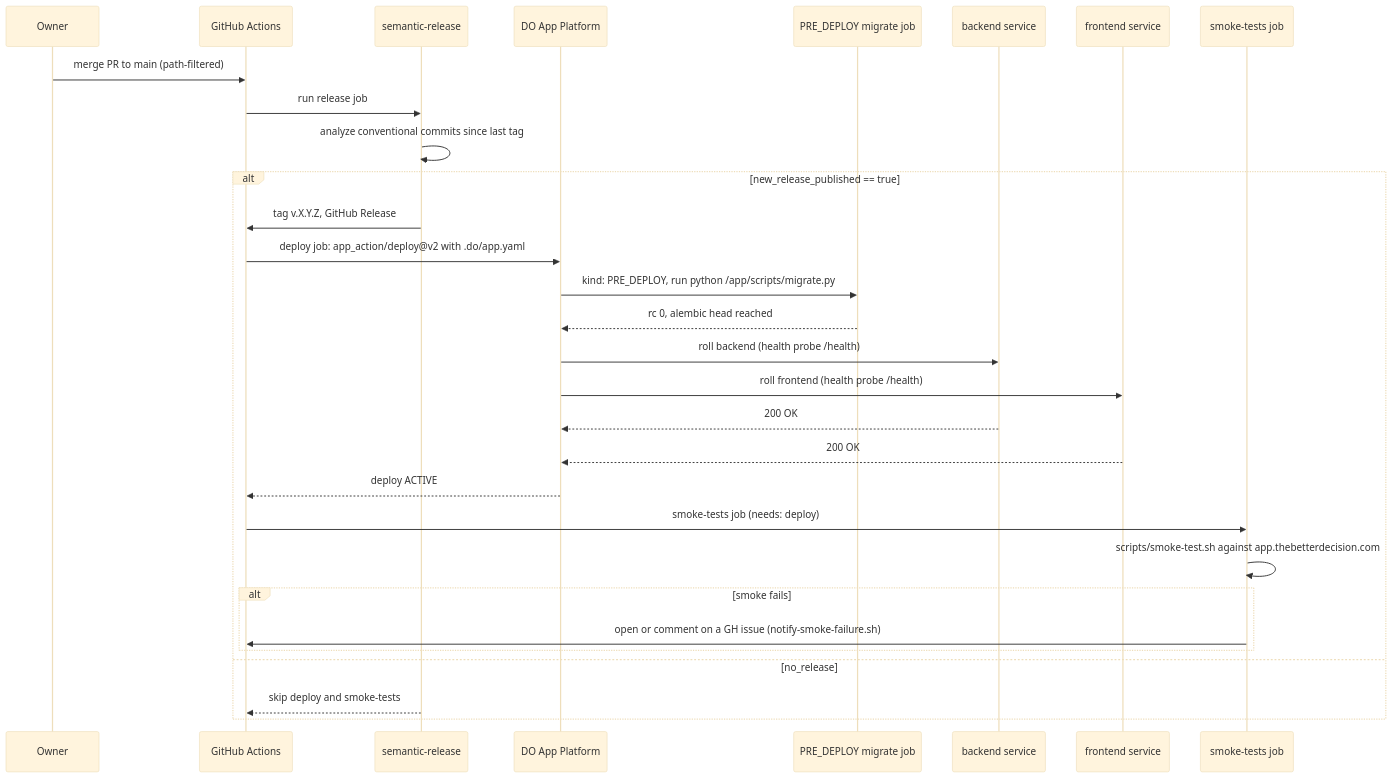
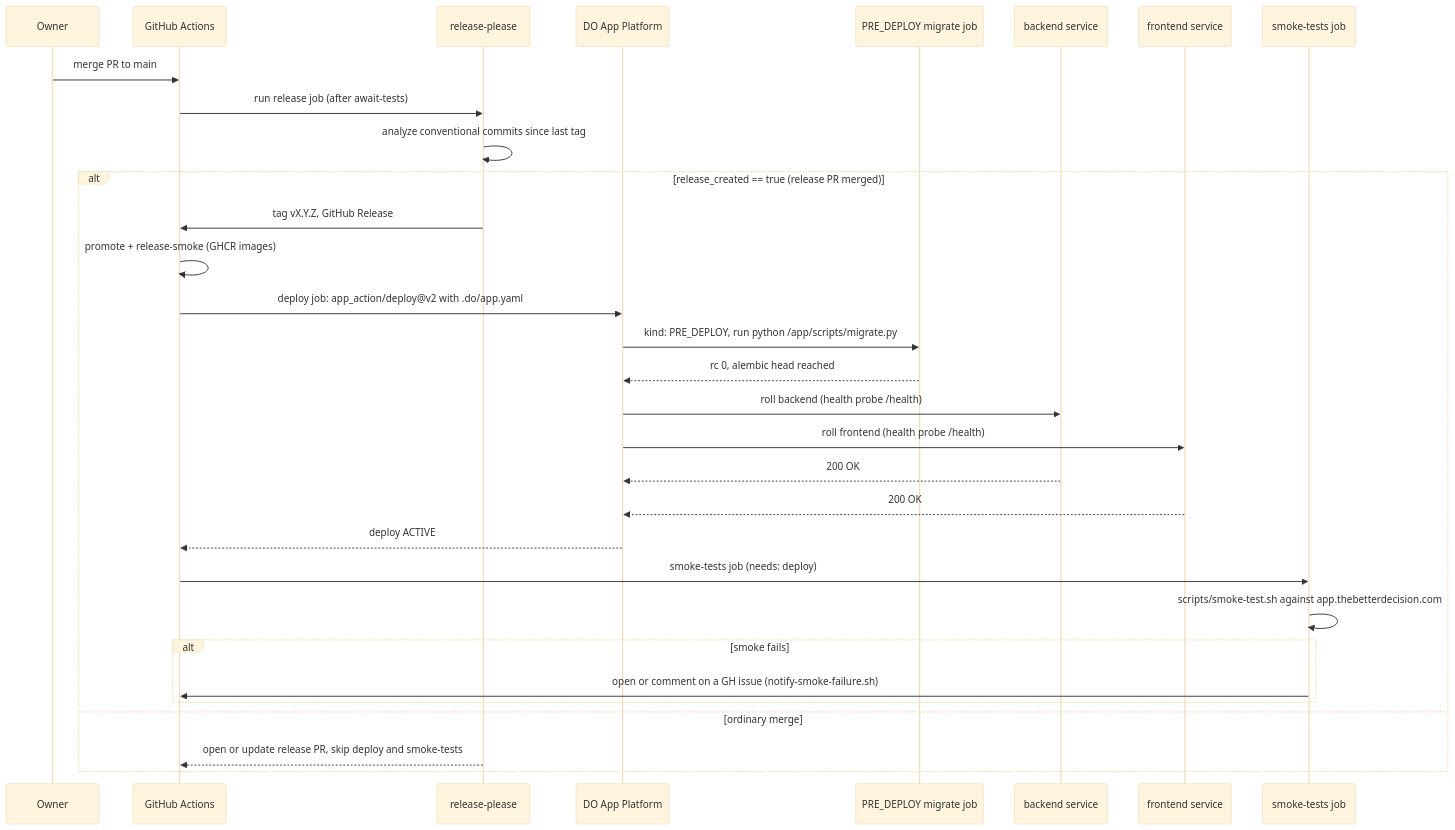
One commit to fjcloudaiconsulting/tbd changed the third of 8 diagrams in docs/operations/DEPLOYMENT.md. Above: the diagram before and after it, drawn with Mermaid (base theme). The commit also changed other lines of this file and 33 other files, not shown here.

````diff
--- a/docs/operations/DEPLOYMENT.md
+++ b/docs/operations/DEPLOYMENT.md
@@ -149,33 +143,34 @@
 ```mermaid
 sequenceDiagram
   participant Owner
   participant GH as GitHub Actions
-  participant SR as semantic-release
+  participant SR as release-please
   participant DO as DO App Platform
   participant MIG as PRE_DEPLOY migrate job
   participant BE as backend service
   participant FE as frontend service
   participant SMK as smoke-tests job
 
-  Owner->>GH: merge PR to main (path-filtered)
-  GH->>SR: run release job
+  Owner->>GH: merge PR to main
+  GH->>SR: run release job (after await-tests)
   SR->>SR: analyze conventional commits since last tag
-  alt new_release_published == true
-    SR->>GH: tag v.X.Y.Z, GitHub Release
+  alt release_created == true (release PR merged)
+    SR->>GH: tag vX.Y.Z, GitHub Release
+    GH->>GH: promote + release-smoke (GHCR images)
     GH->>DO: deploy job: app_action/deploy@v2 with .do/app.yaml
     DO->>MIG: kind: PRE_DEPLOY, run python /app/scripts/migrate.py
     MIG-->>DO: rc 0, alembic head reached
     DO->>BE: roll backend (health probe /health)
     DO->>FE: roll frontend (health probe /health)
     BE-->>DO: 200 OK
     FE-->>DO: 200 OK
     DO-->>GH: deploy ACTIVE
     GH->>SMK: smoke-tests job (needs: deploy)
     SMK->>SMK: scripts/smoke-test.sh against app.thebetterdecision.com
     alt smoke fails
       SMK->>GH: open or comment on a GH issue (notify-smoke-failure.sh)
     end
-  else no_release
-    SR-->>GH: skip deploy and smoke-tests
+  else ordinary merge
+    SR-->>GH: open or update release PR, skip deploy and smoke-tests
   end
 ```
````
